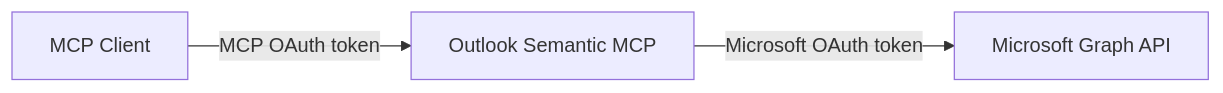
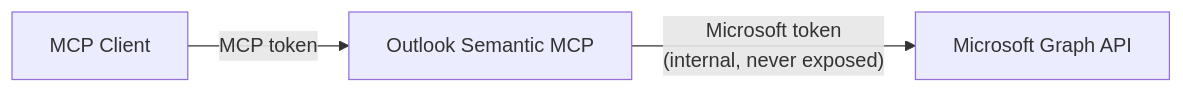
One commit to Unique-AG/connectors changed the second of 2 diagrams in services/outlook-semantic-mcp/docs/technical/architecture.md. Above: the diagram before and after it, drawn with Mermaid. The commit also changed other lines of this file and 1 other file, not shown here.

Commit message:
WIP: Architecture and readme

````diff
--- a/services/outlook-semantic-mcp/docs/technical/architecture.md
+++ b/services/outlook-semantic-mcp/docs/technical/architecture.md
@@ -376,5 +60,5 @@
 ```mermaid
 flowchart LR
-    AIClient["MCP Client"] -->|"MCP OAuth token"| OutlookMCP["Outlook Semantic MCP"]
-    OutlookMCP -->|"Microsoft OAuth token"| MSGraph["Microsoft Graph API"]
+    AIClient["MCP Client"] -->|"MCP token"| OutlookMCP["Outlook Semantic MCP"]
+    OutlookMCP -->|"Microsoft token\n(internal, never exposed)"| MSGraph["Microsoft Graph API"]
 ```
````
